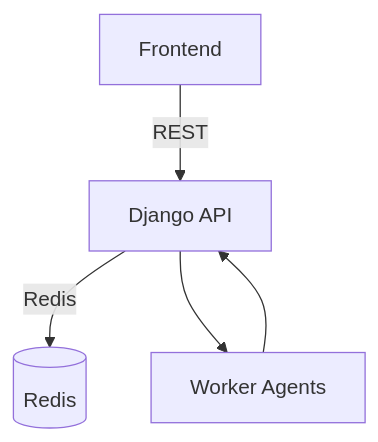
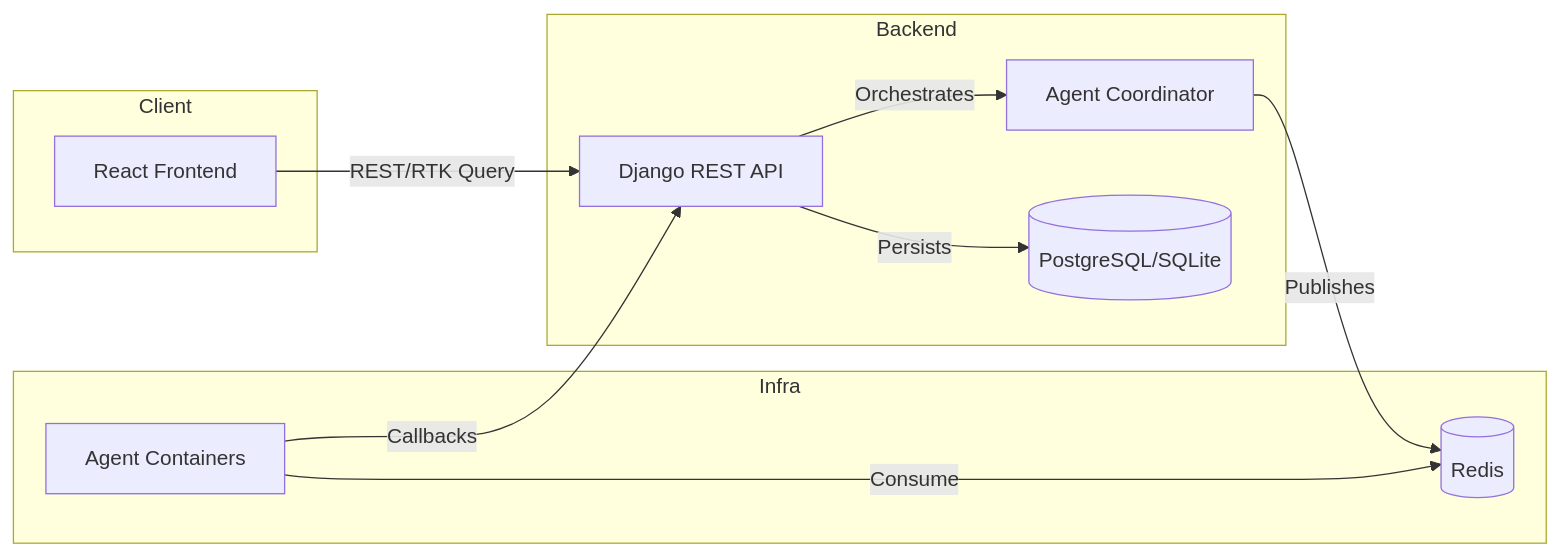
Before and after one commit to krishamaze/fe-be-alignment-analysis: the diagram in docs/ARCHITECTURE.md, drawn with Mermaid. The commit also changed other lines of this file and 28 other files, not shown here.

````diff
--- a/docs/ARCHITECTURE.md
+++ b/docs/ARCHITECTURE.md
@@ -3,7 +5,21 @@
 ```mermaid
-flowchart TD
-    UI[Frontend] -->|REST| API[Django API]
-    API -->|Redis| Queue[(Redis)]
-    API --> Agents[Worker Agents]
-    Agents --> API
+flowchart LR
+    subgraph Client
+        UI[React Frontend]
+    end
+    subgraph Backend
+        API[Django REST API]
+        Tasks[Agent Coordinator]
+        DB[(PostgreSQL/SQLite)]
+    end
+    subgraph Infra
+        Queue[(Redis)]
+        Workers[Agent Containers]
+    end
+    UI -- REST/RTK Query --> API
+    API -- Orchestrates --> Tasks
+    Tasks -- Publishes --> Queue
+    Workers -- Consume --> Queue
+    Workers -- Callbacks --> API
+    API -- Persists --> DB
 ```
````
